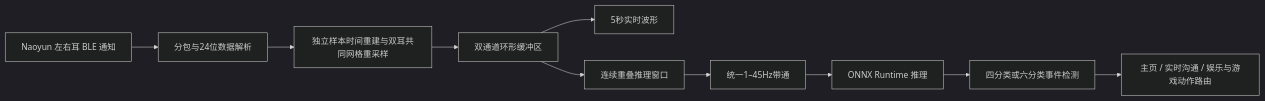
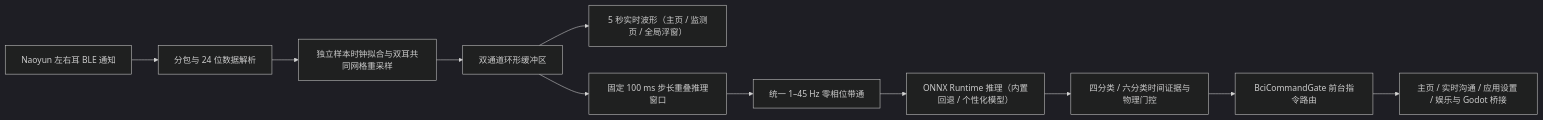
The diagram in README.md (Ruizhi-Owl/bci-agent), drawn with Mermaid (dark theme) before and after one commit. The commit also changed other lines of this file and 44 other files, not shown here.

````diff
--- a/README.md
+++ b/README.md
@@ -31,12 +25,13 @@
 ```mermaid
 flowchart LR
-    A["Naoyun 左右耳 BLE 通知"] --> B["分包与24位数据解析"]
-    B --> C["独立样本时间重建与双耳共同网格重采样"]
+    A["Naoyun 左右耳 BLE 通知"] --> B["分包与 24 位数据解析"]
+    B --> C["独立样本时钟拟合与双耳共同网格重采样"]
     C --> D["双通道环形缓冲区"]
-    D --> E["5秒实时波形"]
-    D --> F["连续重叠推理窗口"]
-    F --> G["统一1–45Hz带通"]
-    G --> H["ONNX Runtime 推理"]
-    H --> I["四分类或六分类事件检测"]
-    I --> J["主页 / 实时沟通 / 娱乐与游戏动作路由"]
+    D --> E["5 秒实时波形（主页 / 监测页 / 全局浮窗）"]
+    D --> F["固定 100 ms 步长重叠推理窗口"]
+    F --> G["统一 1–45 Hz 零相位带通"]
+    G --> H["ONNX Runtime 推理（内置回退 / 个性化模型）"]
+    H --> I["四分类 / 六分类时间证据与物理门控"]
+    I --> J["BciCommandGate 前台指令路由"]
+    J --> K["主页 / 实时沟通 / 应用设置 / 娱乐与 Godot 桥接"]
 ```
````
